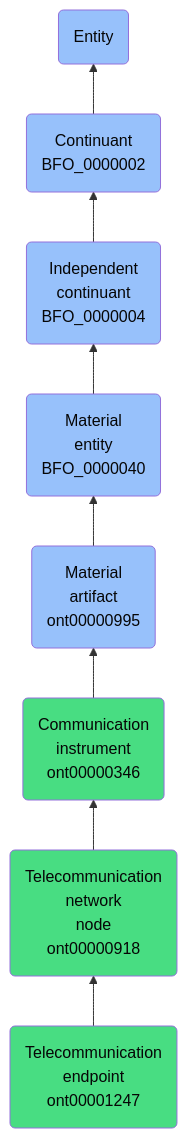
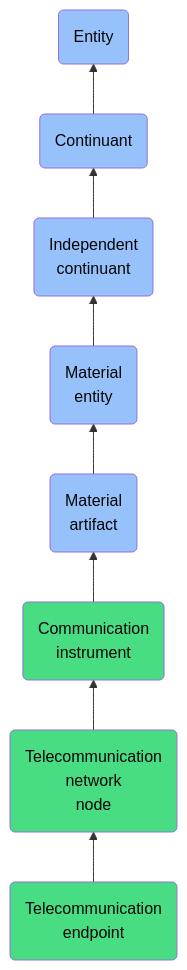
One commit to jupyter-naas/abi changed the diagram in docs/ontology/reference/model/Entity/Continuant/Independent continuant/Material entity/Material artifact/Communication instrument/Telecommunication network node/Telecommunication endpoint/Telecommunication endpoint.md. Above: the diagram before and after it, drawn with Mermaid. The commit also changed other lines of this file and 1430 other files, not shown here.

````diff
--- a/docs/ontology/reference/model/Entity/Continuant/Independent continuant/Material entity/Material artifact/Communication instrument/Telecommunication network node/Telecommunication endpoint/Telecommunication endpoint.md
+++ b/docs/ontology/reference/model/Entity/Continuant/Independent continuant/Material entity/Material artifact/Communication instrument/Telecommunication network node/Telecommunication endpoint/Telecommunication endpoint.md
@@ -24,15 +24,15 @@
 ```mermaid
 graph BT
-    ont00001247(Telecommunication<br>endpoint<br>ont00001247):::ABI-->ont00000918
-    ont00000918(Telecommunication<br>network<br>node<br>ont00000918):::ABI-->ont00000346
-    ont00000346(Communication<br>instrument<br>ont00000346):::ABI-->ont00000995
-    ont00000995(Material<br>artifact<br>ont00000995):::BFO-->BFO_0000040
-    BFO_0000040(Material<br>entity<br>BFO_0000040):::BFO-->BFO_0000004
-    BFO_0000004(Independent<br>continuant<br>BFO_0000004):::BFO-->BFO_0000002
-    BFO_0000002(Continuant<br>BFO_0000002):::BFO-->BFO_0000001
+    ont00001247(Telecommunication<br>endpoint):::ABI-->ont00000918
+    ont00000918(Telecommunication<br>network<br>node):::ABI-->ont00000346
+    ont00000346(Communication<br>instrument):::ABI-->ont00000995
+    ont00000995(Material<br>artifact):::BFO-->BFO_0000040
+    BFO_0000040(Material<br>entity):::BFO-->BFO_0000004
+    BFO_0000004(Independent<br>continuant):::BFO-->BFO_0000002
+    BFO_0000002(Continuant):::BFO-->BFO_0000001
     BFO_0000001(Entity):::BFO
     
     classDef BFO fill:#97c1fb,color:#060606
     classDef CCO fill:#e4c51e,color:#060606
     classDef ABI fill:#48DD82,color:#060606
 ```
````
